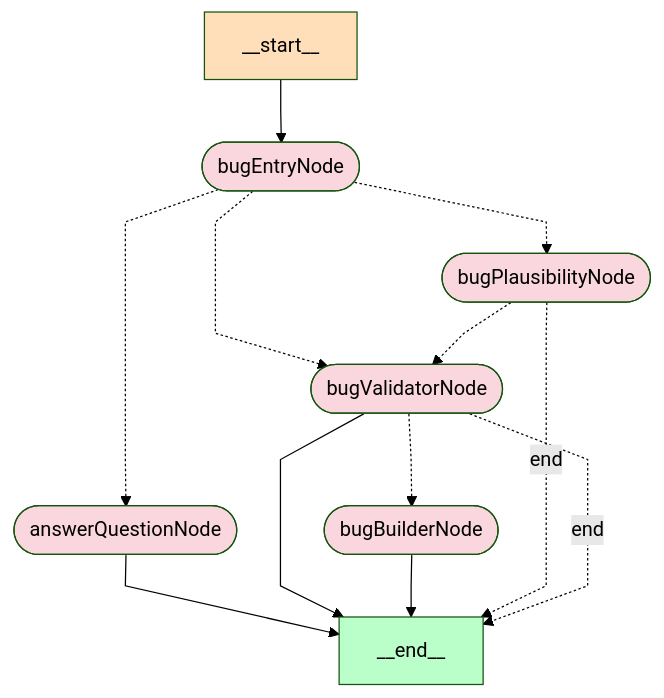
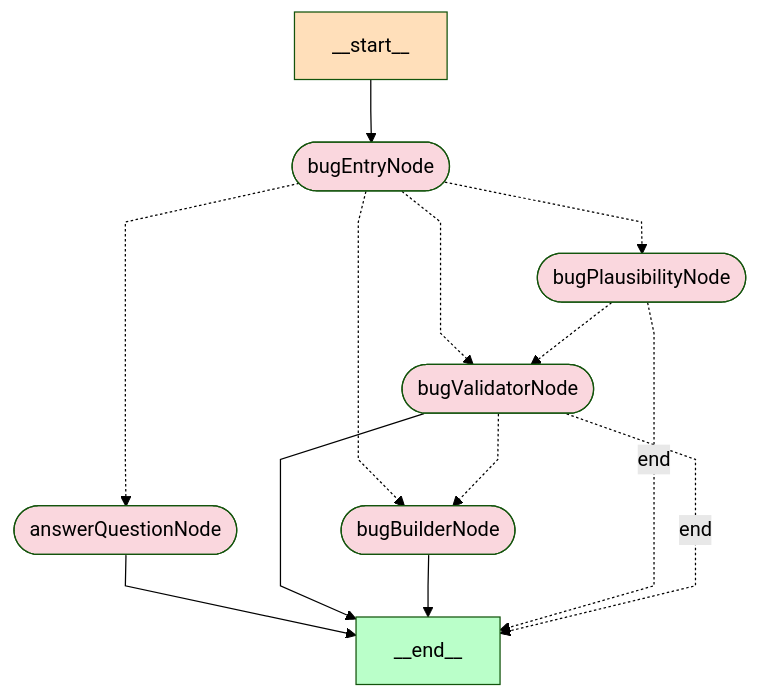
Before and after one commit to bugbyte-io/cohzy-brain-v2: the diagram in bugReportAgentGraph.mmd, drawn with Mermaid (forest theme). The commit also changed 10 other files, not shown here.

First line of the commit message:
Enhanced bug reporting flow and logging

```diff
--- a/bugReportAgentGraph.mmd
+++ b/bugReportAgentGraph.mmd
@@ -1,23 +1,24 @@
 %%{init: {'flowchart': {'curve': 'linear'}}}%%
 graph TD;
 	__start__[__start__]:::startclass;
 	__end__[__end__]:::endclass;
 	bugEntryNode([bugEntryNode]):::otherclass;
 	answerQuestionNode([answerQuestionNode]):::otherclass;
 	bugValidatorNode([bugValidatorNode]):::otherclass;
 	bugPlausibilityNode([bugPlausibilityNode]):::otherclass;
 	bugBuilderNode([bugBuilderNode]):::otherclass;
 	__start__ --> bugEntryNode;
 	answerQuestionNode --> __end__;
 	bugValidatorNode --> __end__;
 	bugBuilderNode --> __end__;
 	bugEntryNode -.-> bugPlausibilityNode;
 	bugEntryNode -.-> bugValidatorNode;
 	bugEntryNode -.-> answerQuestionNode;
+	bugEntryNode -.-> bugBuilderNode;
 	bugPlausibilityNode -.-> bugValidatorNode;
 	bugPlausibilityNode -. end .-> __end__;
 	bugValidatorNode -.-> bugBuilderNode;
 	bugValidatorNode -. end .-> __end__;
 	classDef startclass fill:#ffdfba;
 	classDef endclass fill:#baffc9;
 	classDef otherclass fill:#fad7de;
```
